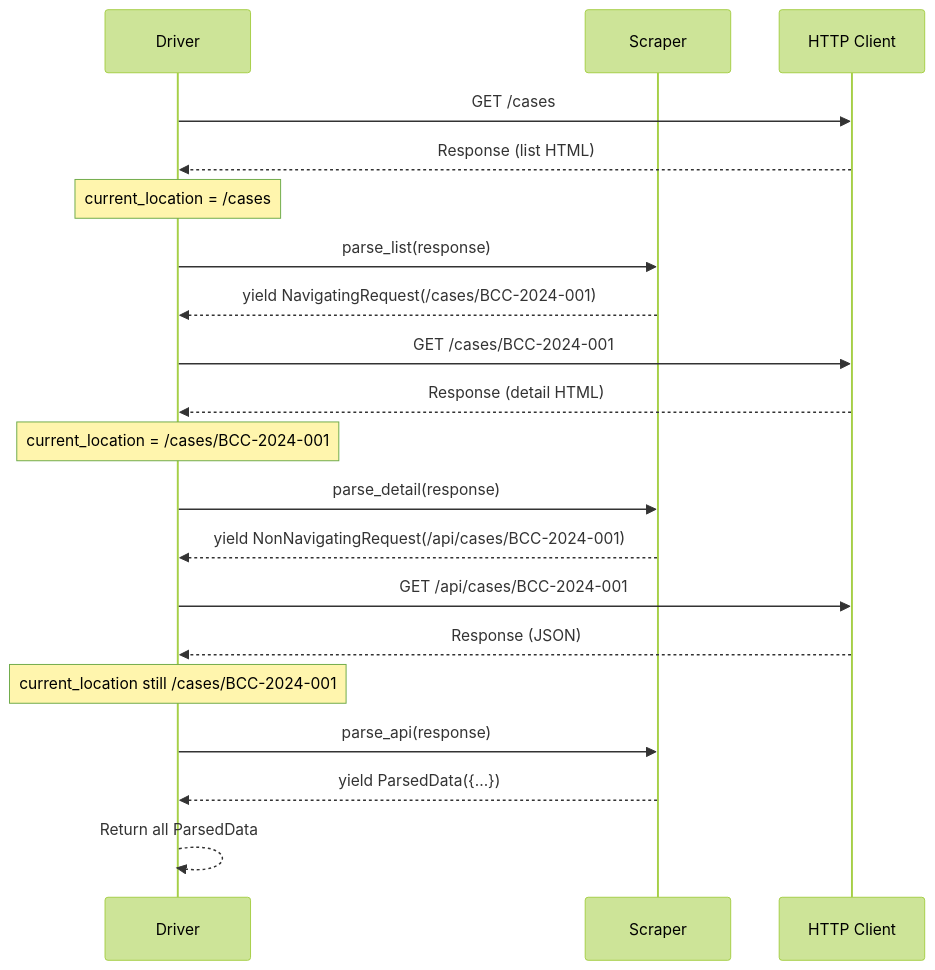
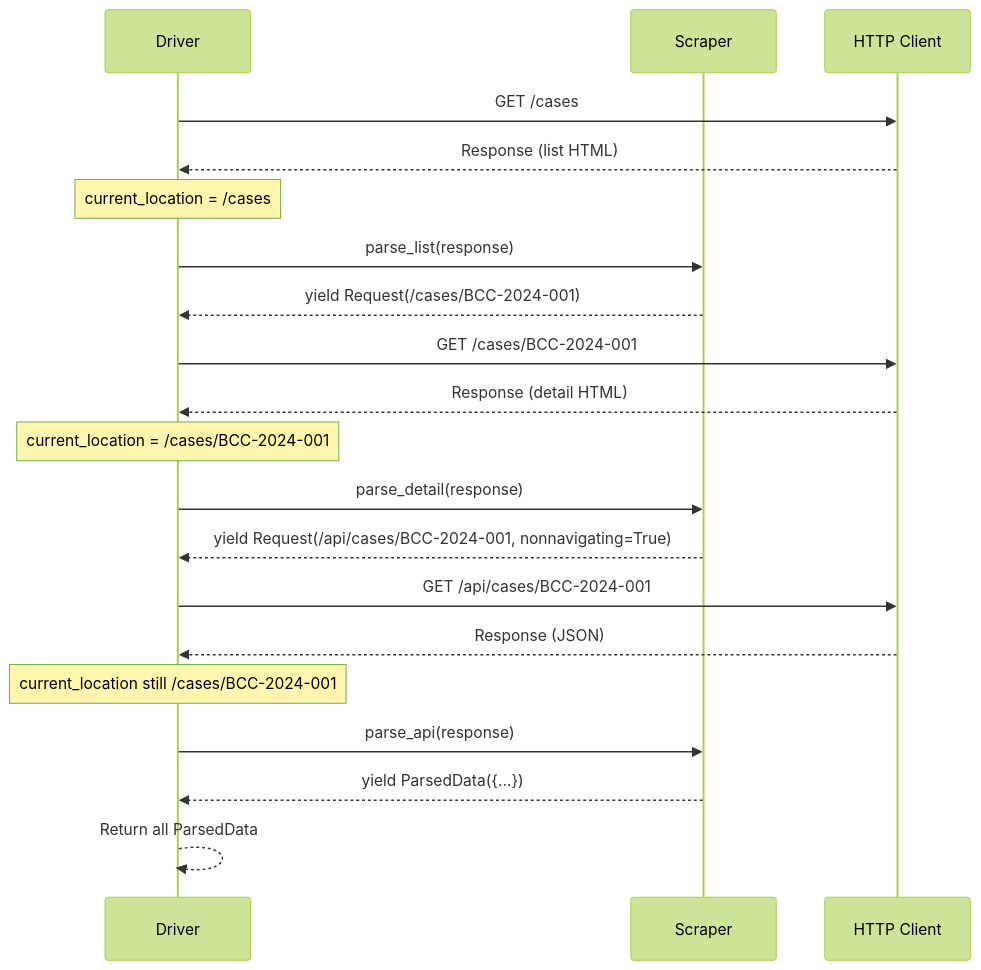
One commit to Brennan-Chesley-FLP/kent changed the diagram in docs/source/scraper_driver/design/03_nonnavigating_request.rst. Above: the diagram before and after it, drawn with Mermaid (forest theme). The commit also changed other lines of this file and 70 other files, not shown here.

```diff
--- a/docs/source/scraper_driver/design/03_nonnavigating_request.rst
+++ b/docs/source/scraper_driver/design/03_nonnavigating_request.rst
@@ -330,26 +305,26 @@
 .. mermaid::
 
     sequenceDiagram
         participant D as Driver
         participant S as Scraper
         participant H as HTTP Client
 
         D->>H: GET /cases
         H-->>D: Response (list HTML)
         Note over D: current_location = /cases
         D->>S: parse_list(response)
-        S-->>D: yield NavigatingRequest(/cases/BCC-2024-001)
+        S-->>D: yield Request(/cases/BCC-2024-001)
 
         D->>H: GET /cases/BCC-2024-001
         H-->>D: Response (detail HTML)
         Note over D: current_location = /cases/BCC-2024-001
         D->>S: parse_detail(response)
-        S-->>D: yield NonNavigatingRequest(/api/cases/BCC-2024-001)
+        S-->>D: yield Request(/api/cases/BCC-2024-001, nonnavigating=True)
 
         D->>H: GET /api/cases/BCC-2024-001
         H-->>D: Response (JSON)
         Note over D: current_location still /cases/BCC-2024-001
         D->>S: parse_api(response)
         S-->>D: yield ParsedData({...})
 
         D-->>D: Return all ParsedData
```
